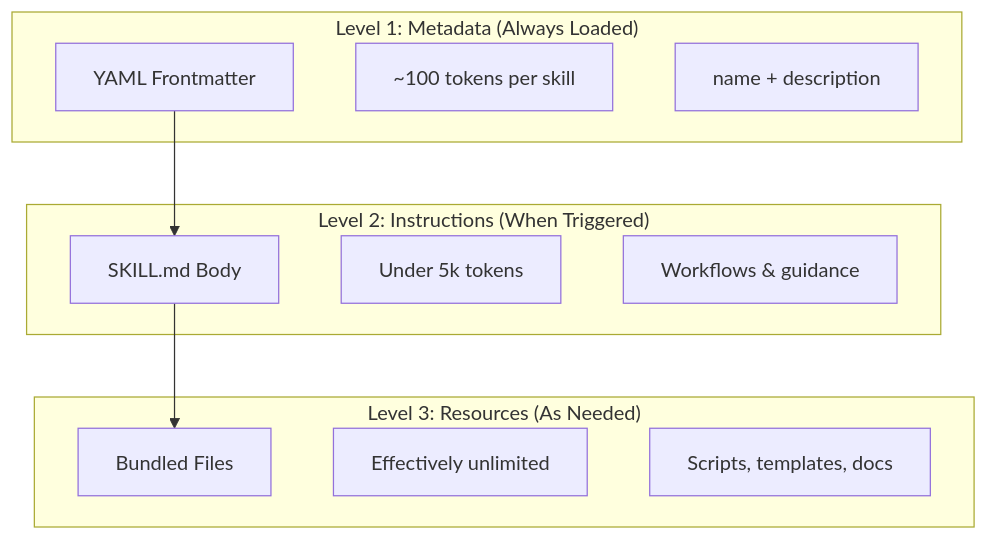
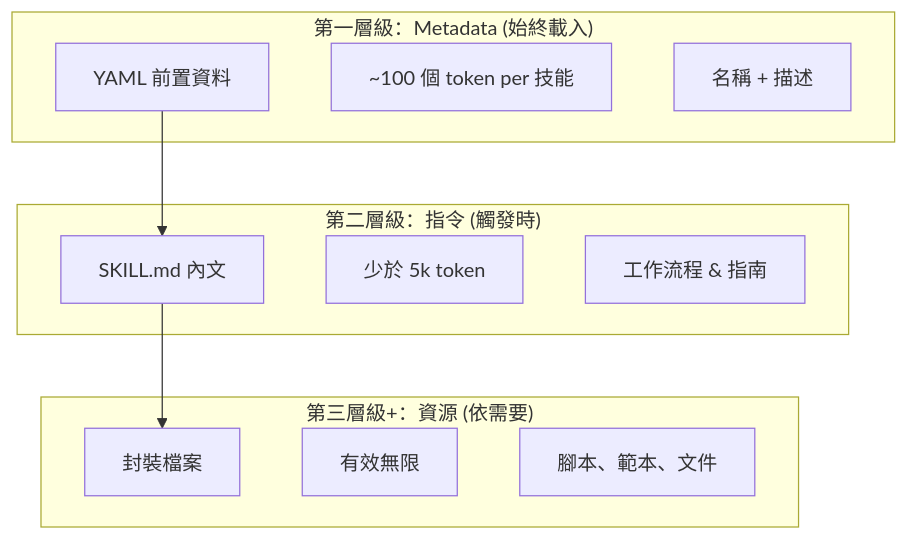
The first of 2 diagrams in 03-skills/README.md (huckly/claude-howto-zh-tw), drawn with Mermaid before and after one commit. The commit also changed other lines of this file, not shown here.

````diff
--- a/03-skills/README.md
+++ b/03-skills/README.md
@@ -36,23 +27,23 @@
 ```mermaid
 graph TB
-    subgraph "Level 1: Metadata (Always Loaded)"
-        A["YAML Frontmatter"]
-        A1["~100 tokens per skill"]
-        A2["name + description"]
+    subgraph "第一層級：Metadata (始終載入)"
+        A["YAML 前置資料"]
+        A1["~100 個 token per 技能"]
+        A2["名稱 + 描述"]
     end
 
-    subgraph "Level 2: Instructions (When Triggered)"
-        B["SKILL.md Body"]
-        B1["Under 5k tokens"]
-        B2["Workflows & guidance"]
+    subgraph "第二層級：指令 (觸發時)"
+        B["SKILL.md 內文"]
+        B1["少於 5k token"]
+        B2["工作流程 & 指南"]
     end
 
-    subgraph "Level 3: Resources (As Needed)"
-        C["Bundled Files"]
-        C1["Effectively unlimited"]
-        C2["Scripts, templates, docs"]
+    subgraph "第三層級+：資源 (依需要)"
+        C["封裝檔案"]
+        C1["有效無限"]
+        C2["腳本、範本、文件"]
     end
 
     A --> B
     B --> C
 ```
````
